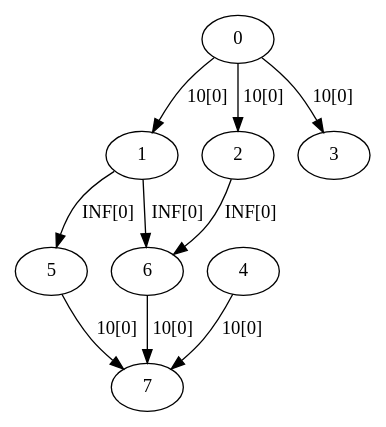
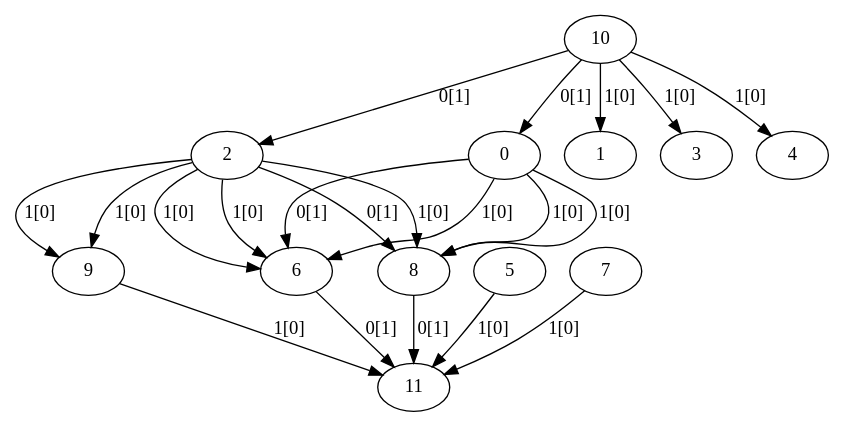
The diagram in debug.dot (tamura2004/atcoder), drawn with Graphviz before and after one commit. The commit also changed 5 other files, not shown here.

```diff
--- a/debug.dot
+++ b/debug.dot
@@ -1,11 +1,22 @@
 digraph tree {
-  0 -> 1 [label="10[0]"]
-  0 -> 2 [label="10[0]"]
-  0 -> 3 [label="10[0]"]
-  1 -> 5 [label="INF[0]"]
-  1 -> 6 [label="INF[0]"]
-  2 -> 6 [label="INF[0]"]
-  4 -> 7 [label="10[0]"]
-  5 -> 7 [label="10[0]"]
-  6 -> 7 [label="10[0]"]
+  0 -> 6 [label="0[1]"]
+  0 -> 8 [label="1[0]"]
+  0 -> 6 [label="1[0]"]
+  0 -> 8 [label="1[0]"]
+  2 -> 6 [label="1[0]"]
+  2 -> 6 [label="1[0]"]
+  2 -> 8 [label="0[1]"]
+  2 -> 9 [label="1[0]"]
+  2 -> 8 [label="1[0]"]
+  2 -> 9 [label="1[0]"]
+  5 -> 11 [label="1[0]"]
+  6 -> 11 [label="0[1]"]
+  7 -> 11 [label="1[0]"]
+  8 -> 11 [label="0[1]"]
+  9 -> 11 [label="1[0]"]
+  10 -> 0 [label="0[1]"]
+  10 -> 1 [label="1[0]"]
+  10 -> 2 [label="0[1]"]
+  10 -> 3 [label="1[0]"]
+  10 -> 4 [label="1[0]"]
 }
```
